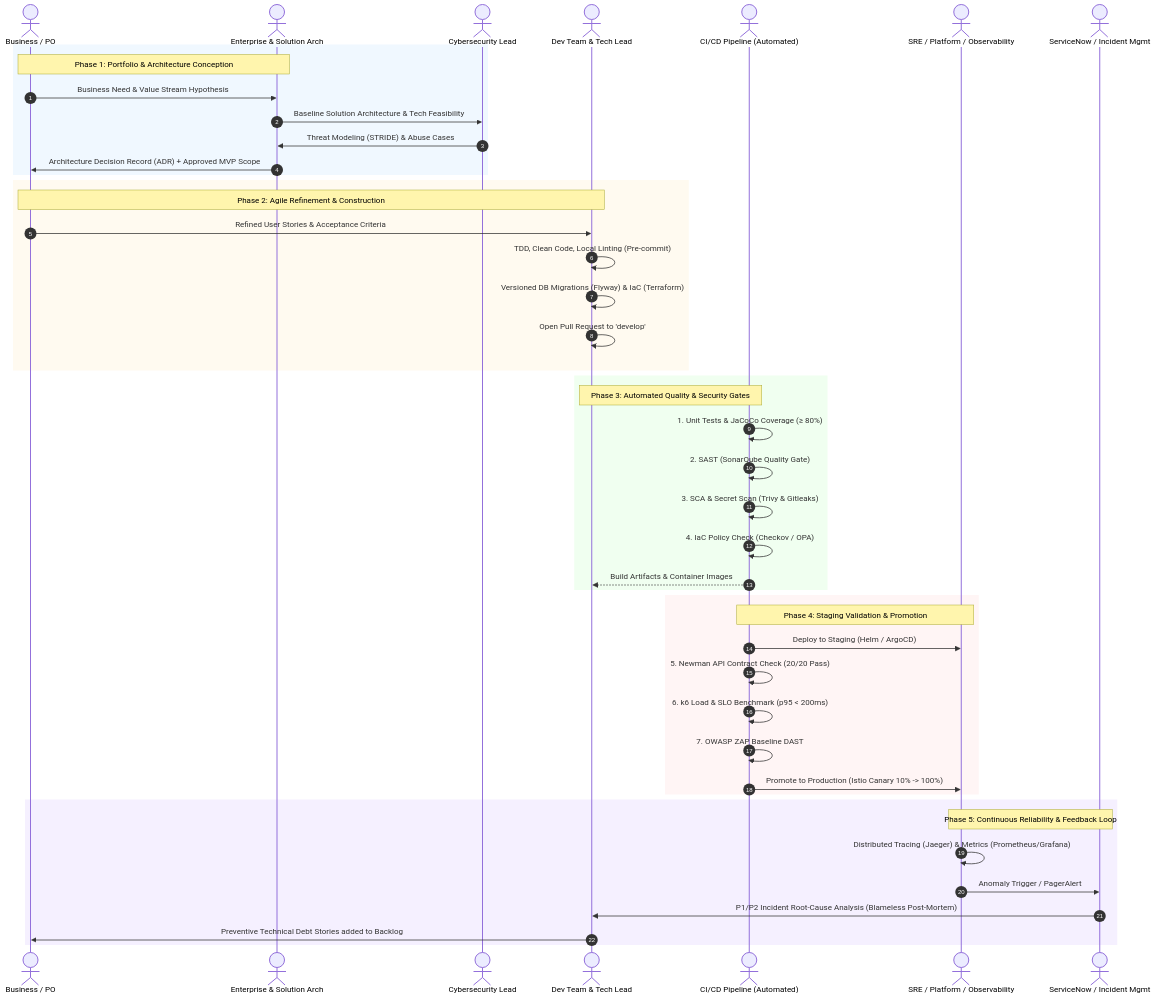
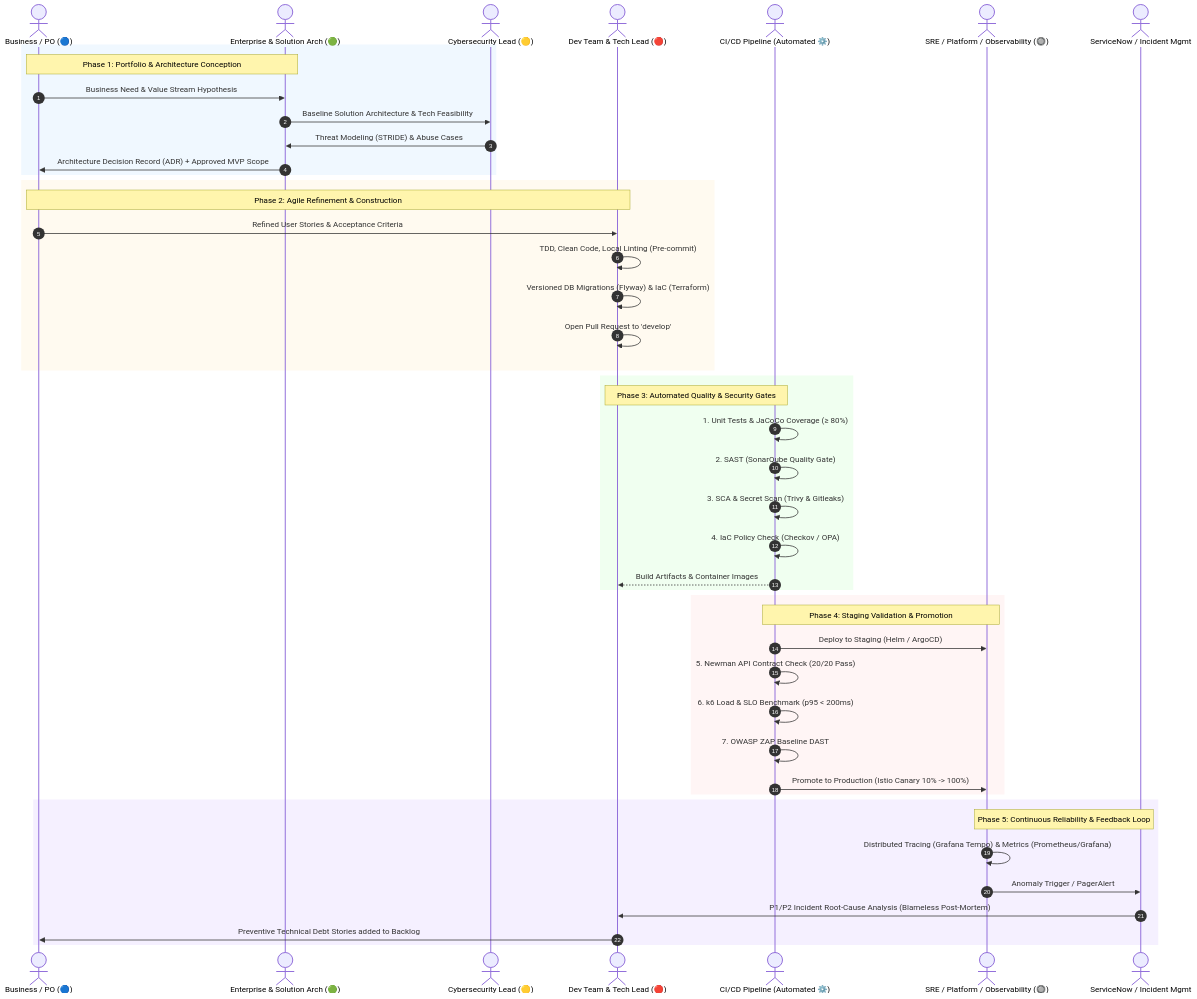
The third of 4 diagrams in docs/03-devsecops-and-testing/DEVSECOPS_GOVERNANCE_AND_MODEL.md (GeorgeGxx/microservices-architecture), drawn with Mermaid before and after one commit. The commit also changed other lines of this file and 3 other files, not shown here.

First line of the commit message:
docs(devsecops): modernize S-SDLC lifecycle workflow and synchronize architecture diagrams

````diff
--- a/docs/03-devsecops-and-testing/DEVSECOPS_GOVERNANCE_AND_MODEL.md
+++ b/docs/03-devsecops-and-testing/DEVSECOPS_GOVERNANCE_AND_MODEL.md
@@ -31,53 +140,53 @@
 ```mermaid
 sequenceDiagram
     autonumber
-    actor Biz as Business / PO
-    actor Arch as Enterprise & Solution Arch
-    actor Sec as Cybersecurity Lead
-    actor Dev as Dev Team & Tech Lead
-    actor CI as CI/CD Pipeline (Automated)
-    actor Ops as SRE / Platform / Observability
+    actor Biz as Business / PO (🔵)
+    actor Arch as Enterprise & Solution Arch (🟢)
+    actor Sec as Cybersecurity Lead (🟡)
+    actor Dev as Dev Team & Tech Lead (🔴)
+    actor CI as CI/CD Pipeline (Automated ⚙️)
+    actor Ops as SRE / Platform / Observability (🔘)
     actor ITSM as ServiceNow / Incident Mgmt
 
     rect rgb(240, 248, 255)
     Note over Biz,Arch: Phase 1: Portfolio & Architecture Conception
     Biz->>Arch: Business Need & Value Stream Hypothesis
     Arch->>Sec: Baseline Solution Architecture & Tech Feasibility
     Sec->>Arch: Threat Modeling (STRIDE) & Abuse Cases
     Arch->>Biz: Architecture Decision Record (ADR) + Approved MVP Scope
     end
 
     rect rgb(255, 250, 240)
     Note over Biz,Dev: Phase 2: Agile Refinement & Construction
     Biz->>Dev: Refined User Stories & Acceptance Criteria
     Dev->>Dev: TDD, Clean Code, Local Linting (Pre-commit)
     Dev->>Dev: Versioned DB Migrations (Flyway) & IaC (Terraform)
     Dev->>Dev: Open Pull Request to 'develop'
     end
 
     rect rgb(240, 255, 240)
     Note over Dev,CI: Phase 3: Automated Quality & Security Gates
     CI->>CI: 1. Unit Tests & JaCoCo Coverage (≥ 80%)
     CI->>CI: 2. SAST (SonarQube Quality Gate)
     CI->>CI: 3. SCA & Secret Scan (Trivy & Gitleaks)
     CI->>CI: 4. IaC Policy Check (Checkov / OPA)
     CI-->>Dev: Build Artifacts & Container Images
     end
 
     rect rgb(255, 245, 245)
     Note over CI,Ops: Phase 4: Staging Validation & Promotion
     CI->>Ops: Deploy to Staging (Helm / ArgoCD)
     CI->>CI: 5. Newman API Contract Check (20/20 Pass)
     CI->>CI: 6. k6 Load & SLO Benchmark (p95 < 200ms)
     CI->>CI: 7. OWASP ZAP Baseline DAST
     CI->>Ops: Promote to Production (Istio Canary 10% -> 100%)
     end
 
     rect rgb(245, 240, 255)
     Note over Ops,ITSM: Phase 5: Continuous Reliability & Feedback Loop
-    Ops->>Ops: Distributed Tracing (Jaeger) & Metrics (Prometheus/Grafana)
+    Ops->>Ops: Distributed Tracing (Grafana Tempo) & Metrics (Prometheus/Grafana)
     Ops->>ITSM: Anomaly Trigger / PagerAlert
     ITSM->>Dev: P1/P2 Incident Root-Cause Analysis (Blameless Post-Mortem)
     Dev->>Biz: Preventive Technical Debt Stories added to Backlog
     end
 ```
````
